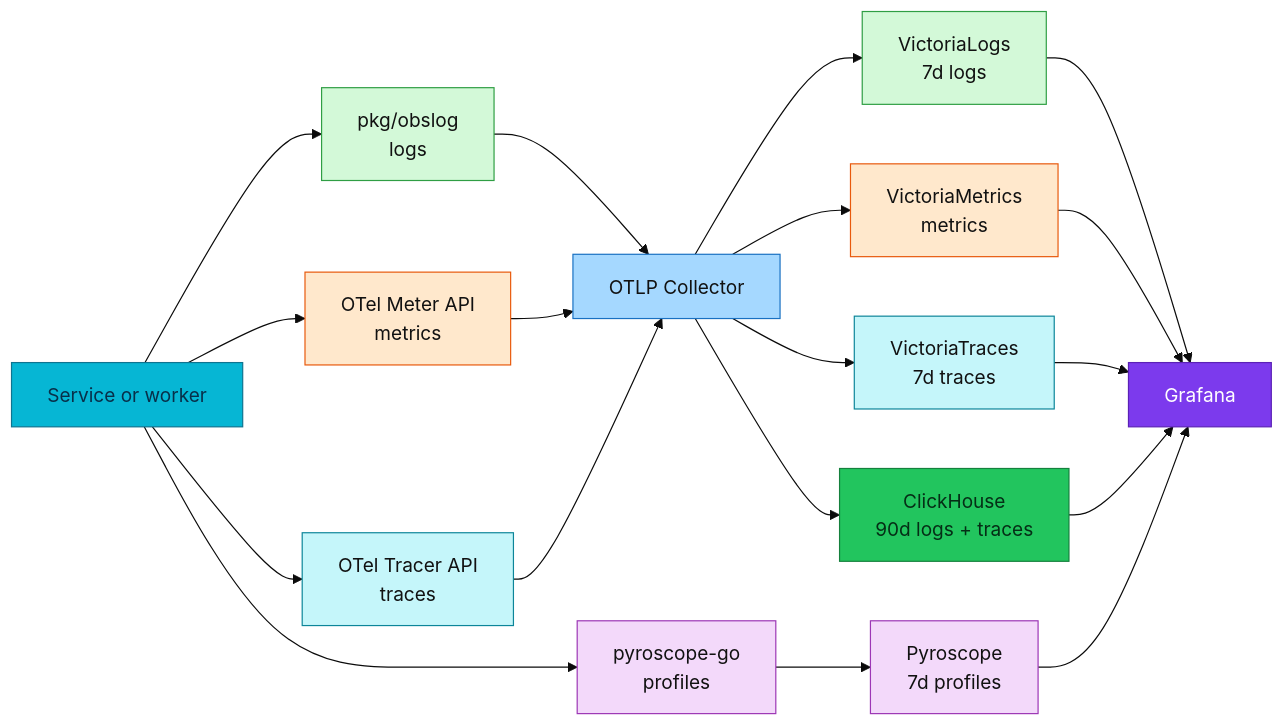
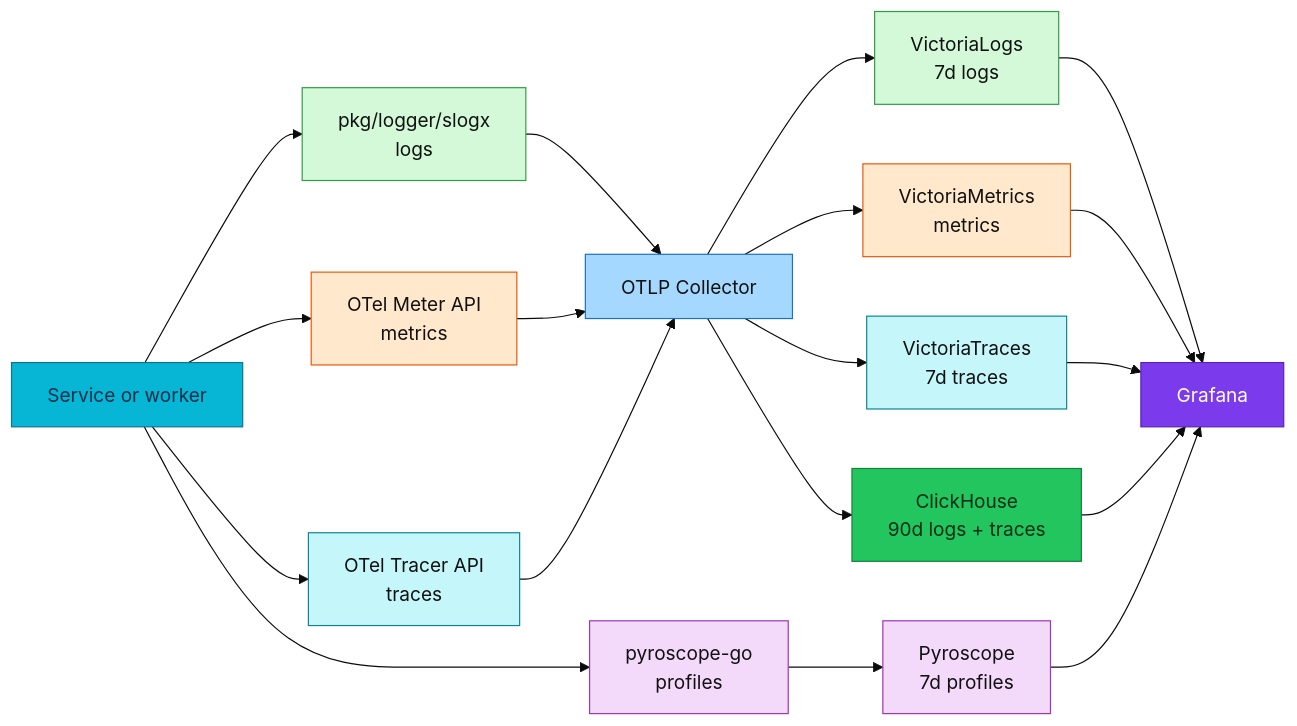
One commit to duynhlab/homelab changed the diagram in docs/proposals/rfc/RFC-0031/README.md. Above: the diagram before and after it, drawn with Mermaid (base theme). The commit also changed other lines of this file and 3 other files, not shown here.

First line of the commit message:
Rename the logging facade to pkg/logger/slogx

```diff
--- a/docs/proposals/rfc/RFC-0031/README.md
+++ b/docs/proposals/rfc/RFC-0031/README.md
@@ -143,36 +143,36 @@
 ~~~mermaid
 flowchart LR
-    A["Service or worker"] --> L["pkg/obslog<br/>logs"]
+    A["Service or worker"] --> L["pkg/logger/slogx<br/>logs"]
     A --> M["OTel Meter API<br/>metrics"]
     A --> T["OTel Tracer API<br/>traces"]
     A --> P["pyroscope-go<br/>profiles"]
     L --> O["OTLP Collector"]
     M --> O
     T --> O
     O --> VL["VictoriaLogs<br/>7d logs"]
     O --> VM["VictoriaMetrics<br/>metrics"]
     O --> VT["VictoriaTraces<br/>7d traces"]
     O --> CH["ClickHouse<br/>90d logs + traces"]
     P --> PY["Pyroscope<br/>7d profiles"]
     VL --> G["Grafana"]
     VM --> G
     VT --> G
     CH --> G
     PY --> G
     classDef service fill:#06b6d4,color:#082f49,stroke:#0e7490;
     classDef collector fill:#a5d8ff,color:#111,stroke:#1971c2;
     classDef platform fill:#7c3aed,color:#fff,stroke:#5b21b6;
     classDef data fill:#22c55e,color:#052e16,stroke:#15803d;
     classDef metric fill:#ffe8cc,color:#111,stroke:#e8590c;
     classDef log fill:#d3f9d8,color:#111,stroke:#2f9e44;
     classDef trace fill:#c5f6fa,color:#111,stroke:#0c8599;
     classDef profile fill:#f3d9fa,color:#111,stroke:#9c36b5;
     class A service;
     class O collector;
     class G platform;
     class CH data;
     class L,VL log;
     class M,VM metric;
     class T,VT trace;
     class P,PY profile;
 ~~~
```
